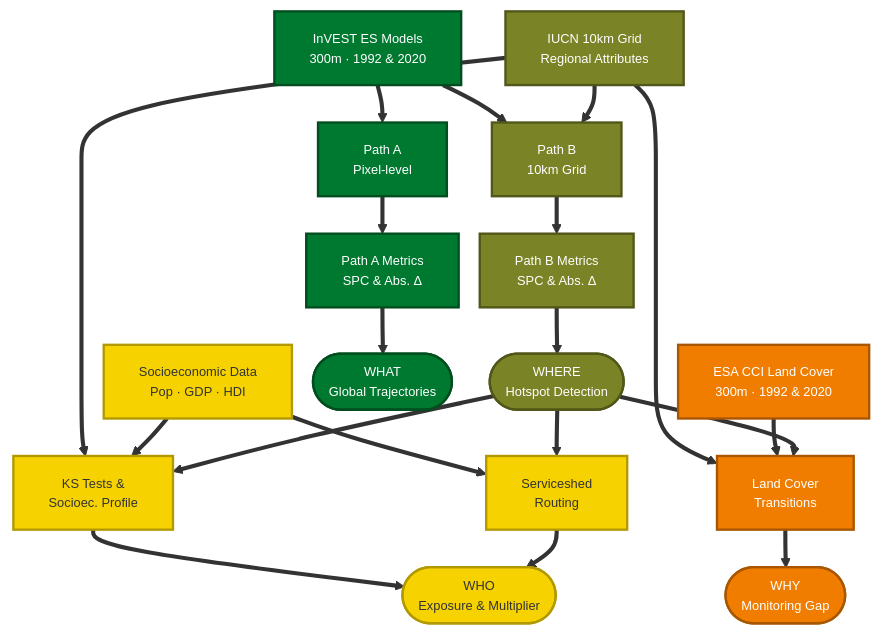
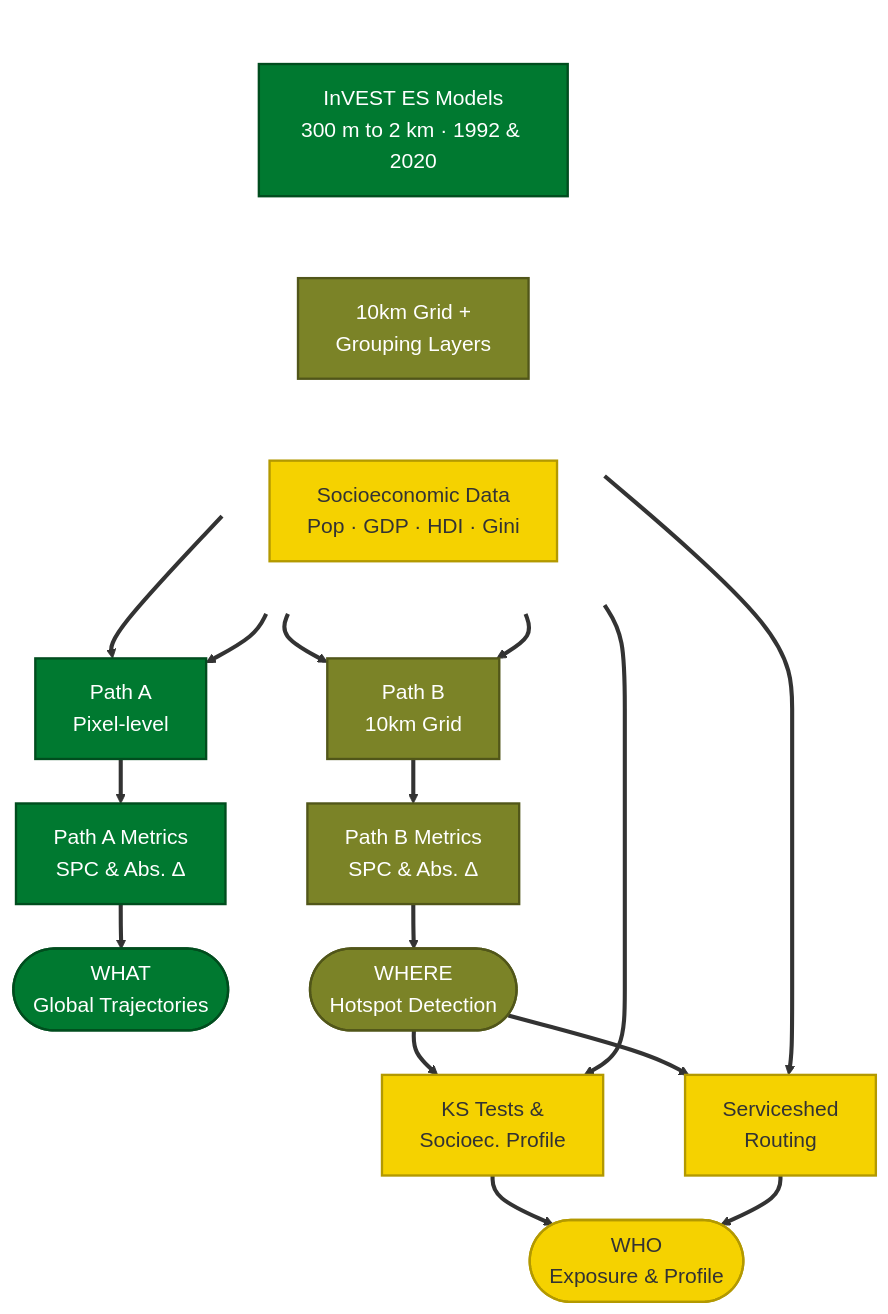
One commit to springinnovate/global_NCP changed the diagram in docs/presentations/presentation.qmd. Above: the diagram before and after it, drawn with Mermaid. The commit also changed other lines of this file and 225 other files, not shown here.

````diff
--- a/docs/presentations/presentation.qmd
+++ b/docs/presentations/presentation.qmd
@@ -255,46 +298,43 @@
 ```{mermaid}
-%%{init: {'flowchart': {'rankSpacing': 32, 'nodeSpacing': 18}, 'themeVariables': {'fontSize': '11px'}}}%%
+%%{init: {'flowchart': {'rankSpacing': 38, 'nodeSpacing': 70, 'padding': 16}, 'themeVariables': {'fontSize': '18px'}}}%%
 flowchart TB
-    RawES["InVEST ES Models\n300m · 1992 & 2020"]
-    RawGrid["IUCN 10km Grid\nRegional Attributes"]
-    RawLC["ESA CCI Land Cover\n300m · 1992 & 2020"]
-    RawSoc["Socioeconomic Data\nPop · GDP · HDI"]
+    subgraph Inputs[" "]
+        direction LR
+        RawES["InVEST ES Models<br/>300 m to 2 km · 1992 & 2020"]
+        RawGrid["10km Grid +<br/>Grouping Layers"]
+        RawSoc["Socioeconomic Data<br/>Pop · GDP · HDI · Gini"]
+    end
 
-    IntA["Path A\nPixel-level"]
-    MathA["Path A Metrics\nSPC & Abs. Δ"]
+    IntA["Path A<br/>Pixel-level"]
+    MathA["Path A Metrics<br/>SPC & Abs. Δ"]
+    P1(["WHAT<br/>Global Trajectories"])
 
-    IntB["Path B\n10km Grid"]
-    MathB["Path B Metrics\nSPC & Abs. Δ"]
+    IntB["Path B<br/>10km Grid"]
+    MathB["Path B Metrics<br/>SPC & Abs. Δ"]
+    P2(["WHERE<br/>Hotspot Detection"])
 
-    MathLC["Land Cover\nTransitions"]
-    MathSoc["KS Tests &\nSocioec. Profile"]
-    MathBenef["Serviceshed\nRouting"]
-
-    P1(["WHAT\nGlobal Trajectories"])
-    P2(["WHERE\nHotspot Detection"])
-    P3(["WHY\nMonitoring Gap"])
-    P4(["WHO\nExposure & Multiplier"])
+    MathBenef["Serviceshed<br/>Routing"]
+    MathSoc["KS Tests &<br/>Socioec. Profile"]
+    P4(["WHO<br/>Exposure & Profile"])
 
     RawES ==> IntA & IntB
-    RawGrid ==> IntB & MathLC & MathSoc
-    RawLC ==> MathLC
-    RawSoc ==> MathSoc & MathBenef
+    RawGrid ==> IntA & IntB
+    RawSoc ==> MathBenef & MathSoc
 
     IntA ==> MathA ==> P1
     IntB ==> MathB ==> P2
 
-    P2 ==> MathLC & MathSoc & MathBenef
-    MathLC ==> P3
+    P2 ==> MathBenef & MathSoc
     MathSoc ==> P4
     MathBenef ==> P4
 
+    style Inputs fill:none,stroke:none
+
     classDef c_what fill:#007930,stroke:#004D1E,stroke-width:2px,color:#FFF;
     classDef c_where fill:#7B8327,stroke:#515619,stroke-width:2px,color:#FFF;
-    classDef c_why fill:#F07D00,stroke:#A85700,stroke-width:2px,color:#FFF;
     classDef c_who fill:#F5D200,stroke:#B39900,stroke-width:2px,color:#333;
 
     class RawES,IntA,MathA,P1 c_what;
     class RawGrid,IntB,MathB,P2 c_where;
-    class RawLC,MathLC,P3 c_why;
     class RawSoc,MathSoc,MathBenef,P4 c_who;
 ```
````
